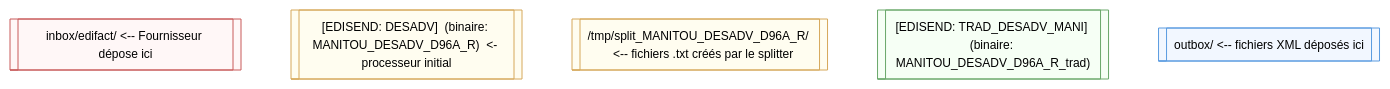
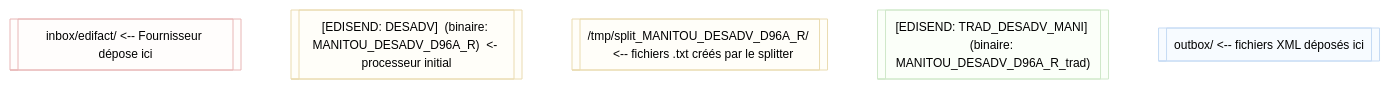
Before and after one commit to HMaPredell/visuel: the diagram in README.md, drawn with Mermaid.

````diff
--- a/README.md
+++ b/README.md
@@ -5,46 +5,45 @@
 ```mermaid
 flowchart LR
-  %% Styles (paler backgrounds, black text)
-  classDef inboxStyle fill:#fff7f7,stroke:#c85b5b,stroke-width:1px,color:#000;
-  classDef splitStyle fill:#fffdf0,stroke:#d6a85a,stroke-width:1px,color:#000;
-  classDef tradStyle fill:#f6fff5,stroke:#6aa86a,stroke-width:1px,color:#000;
-  classDef outStyle fill:#f2f7ff,stroke:#5a9be0,stroke-width:1px,color:#000;
-  %% Font-size definition (use single class application)
+  %% Paler pastel backgrounds, black text
+  classDef inboxStyle fill:#fffdfc,stroke:#e8b6b6,stroke-width:1px,color:#000;
+  classDef splitStyle fill:#fffef9,stroke:#eadbb0,stroke-width:1px,color:#000;
+  classDef tradStyle fill:#fbfff9,stroke:#cfe8c9,stroke-width:1px,color:#000;
+  classDef outStyle fill:#f7fbff,stroke:#c6dbf4,stroke-width:1px,color:#000;
   classDef smallFont font-size:12px;
 
-  %% Nodes (apply one class per node, then assign smallFont separately)
+  %% Nodes (single class assignment per node to avoid parser issues)
   inbox[["inbox/edifact/ <-- Fournisseur dépose ici"]]
   class inbox inboxStyle
   class inbox smallFont
 
   edisend_split[["[EDISEND: DESADV]  (binaire: MANITOU_DESADV_D96A_R)  <- processeur initial"]]
   class edisend_split splitStyle
   class edisend_split smallFont
 
   split_dir[["/tmp/split_MANITOU_DESADV_D96A_R/   <-- fichiers .txt créés par le splitter"]]
   class split_dir splitStyle
   class split_dir smallFont
 
   edisend_trad[["[EDISEND: TRAD_DESADV_MANI] (binaire: MANITOU_DESADV_D96A_R_trad)"]]
   class edisend_trad tradStyle
   class edisend_trad smallFont
 
   outbox[["outbox/   <-- fichiers XML déposés ici"]]
   class outbox outStyle
   class outbox smallFont
 
-  %% Explicit node widths to reduce clipping in previews
-  style inbox width:480px
-  style edisend_split width:880px
-  style split_dir width:880px
-  style edisend_trad width:880px
-  style outbox width:480px
+  %% Wider nodes to reduce clipping
+  style inbox width:560px
+  style edisend_split width:1100px
+  style split_dir width:1100px
+  style edisend_trad width:1100px
+  style outbox width:560px
 
-  %% Make connectors white by styling the link color (works in many Mermaid renderers)
+  %% White connectors (may be ignored by some renderers depending on theme)
   linkStyle default stroke:#ffffff,stroke-width:2px
 
   inbox --> edisend_split
   edisend_split --> split_dir
   split_dir --> edisend_trad
   edisend_trad --> outbox
 ```
````
